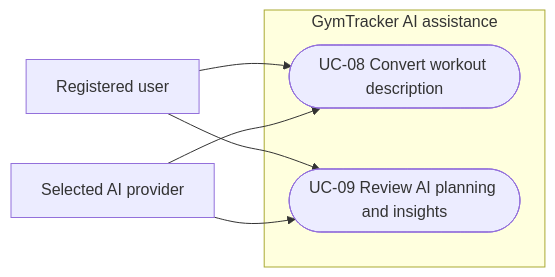
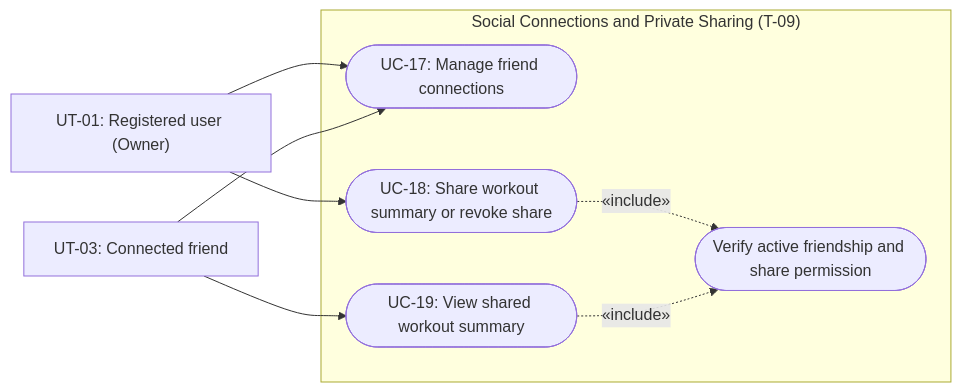
The sixth of 7 diagrams in docs/Requirements_Specification.md (kececi24/GymTracker), drawn with Mermaid before and after one commit. The commit also changed other lines of this file, not shown here.

````diff
--- a/docs/Requirements_Specification.md
+++ b/docs/Requirements_Specification.md
@@ -315,13 +583,20 @@
 ```mermaid
 flowchart LR
-    User["Registered user"]
-    AI["Selected AI provider"]
-    subgraph Assistance["GymTracker AI assistance"]
-        U8(["UC-08 Convert workout description"])
-        U9(["UC-09 Review AI planning and insights"])
+    UT01["UT-01: Registered user (Owner)"]
+    UT03["UT-03: Connected friend"]
+
+    subgraph Boundary5["Social Connections and Private Sharing (T-09)"]
+        UC17(["UC-17: Manage friend connections"])
+        UC18(["UC-18: Share workout summary or revoke share"])
+        UC19(["UC-19: View shared workout summary"])
+        VerifyShare(["Verify active friendship and share permission"])
     end
-    User --> U8
-    User --> U9
-    AI --> U8
-    AI --> U9
+
+    UT01 --> UC17
+    UT03 --> UC17
+    UT01 --> UC18
+    UT03 --> UC19
+
+    UC18 -.->|"«include»"| VerifyShare
+    UC19 -.->|"«include»"| VerifyShare
 ```
````
